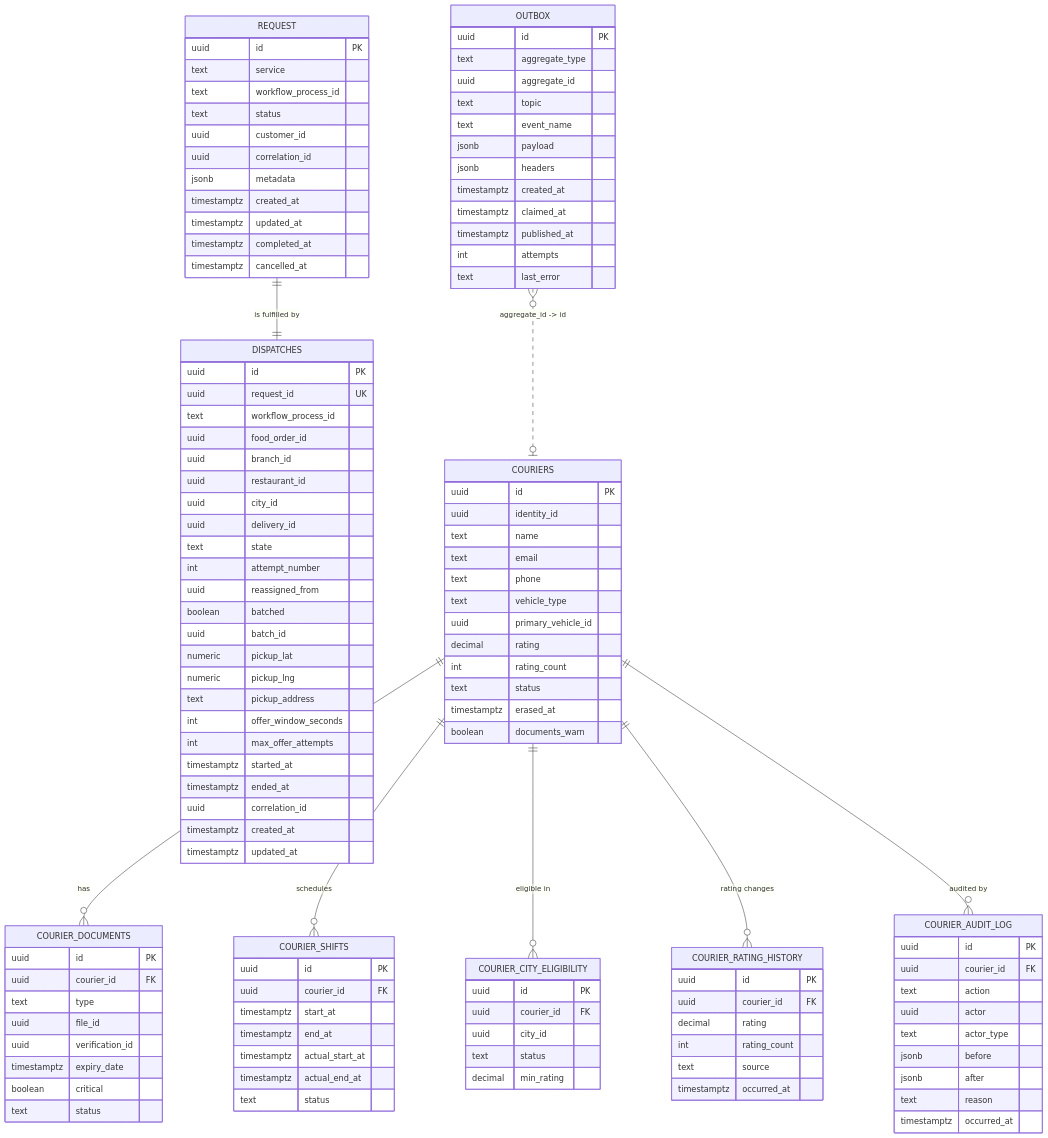
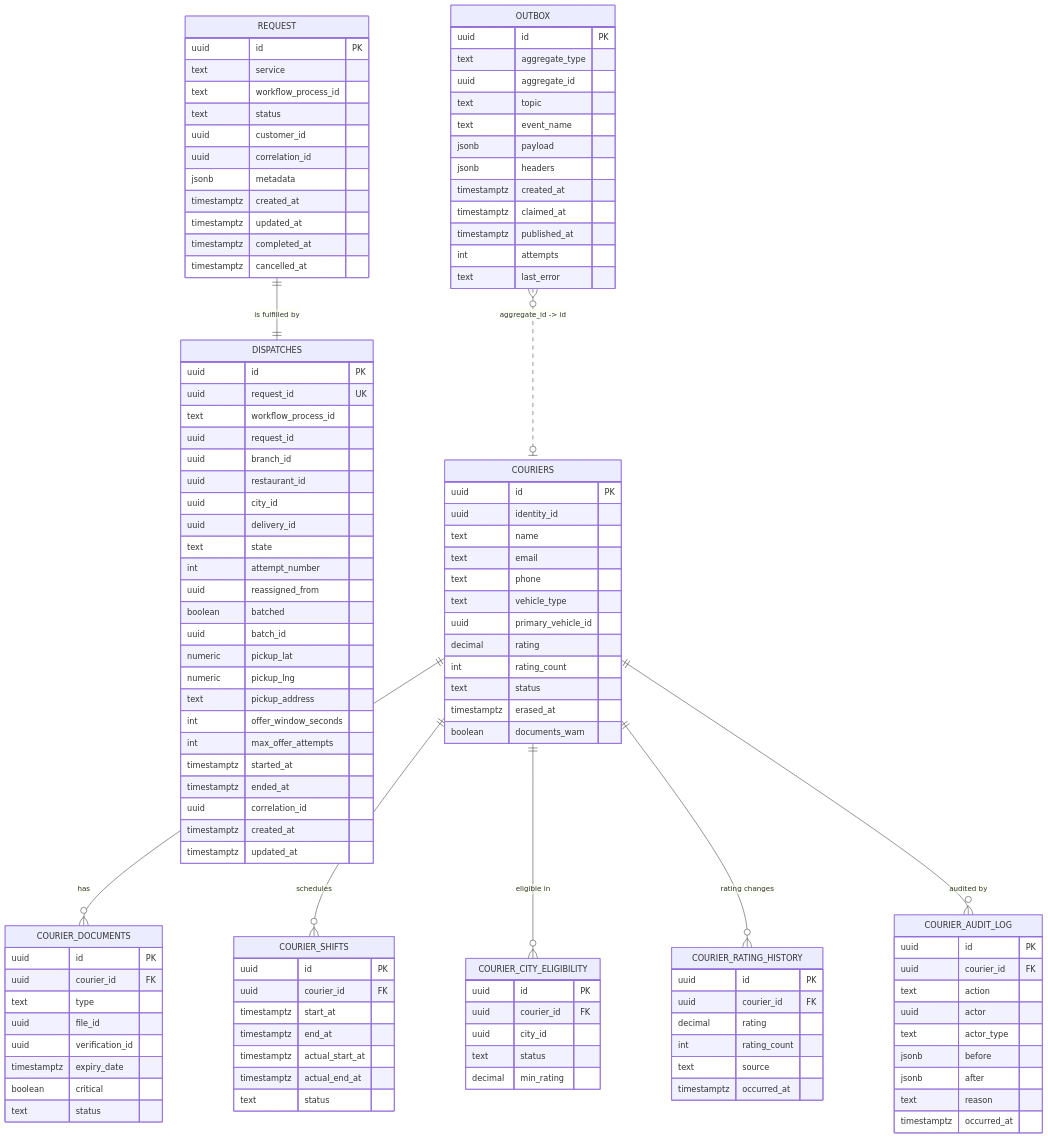
One commit to mohamedhabibwork/trips-enjoy-docs changed the diagram in docs/services/courier-service/ERD.md. Above: the diagram before and after it, drawn with Mermaid. The commit also changed other lines of this file and 7 other files, not shown here.

Commit message:
refactor: update polymorphic request_id references across chat, courier, food-order, and trip services

```diff
--- a/docs/services/courier-service/ERD.md
+++ b/docs/services/courier-service/ERD.md
@@ -377,7 +377,7 @@
         uuid id PK
         uuid request_id UK
         text workflow_process_id
-        uuid food_order_id
+        uuid request_id
         uuid branch_id
         uuid restaurant_id
         uuid city_id
```
